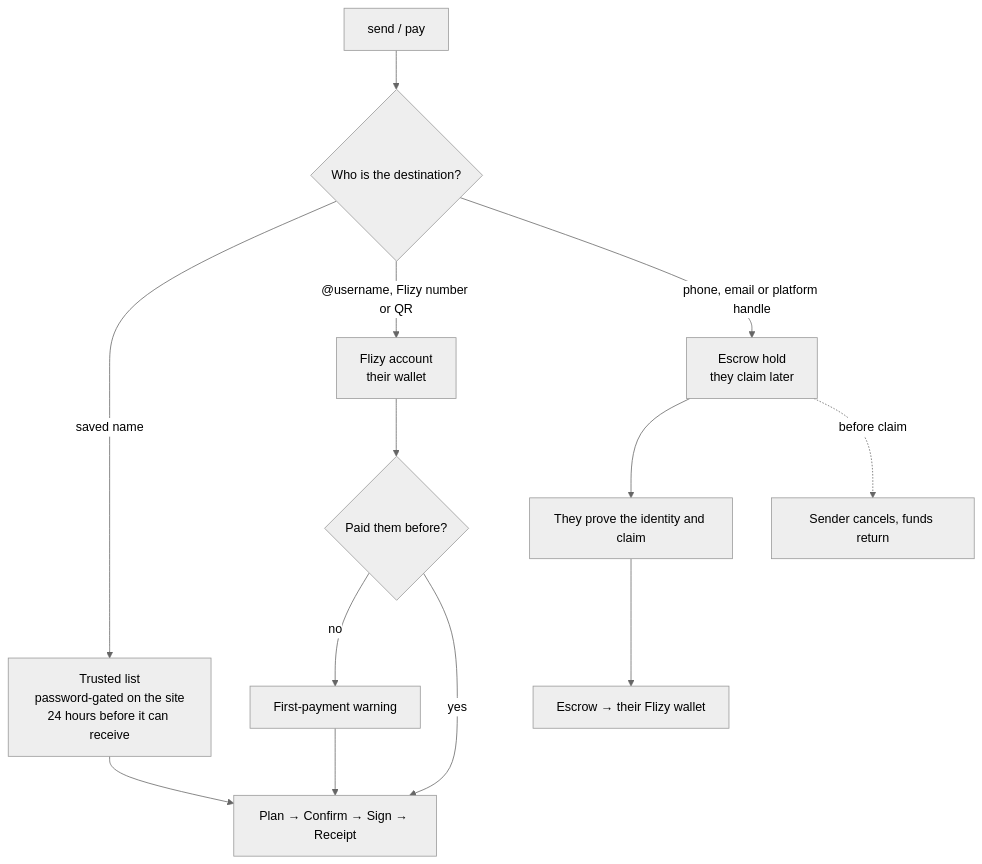
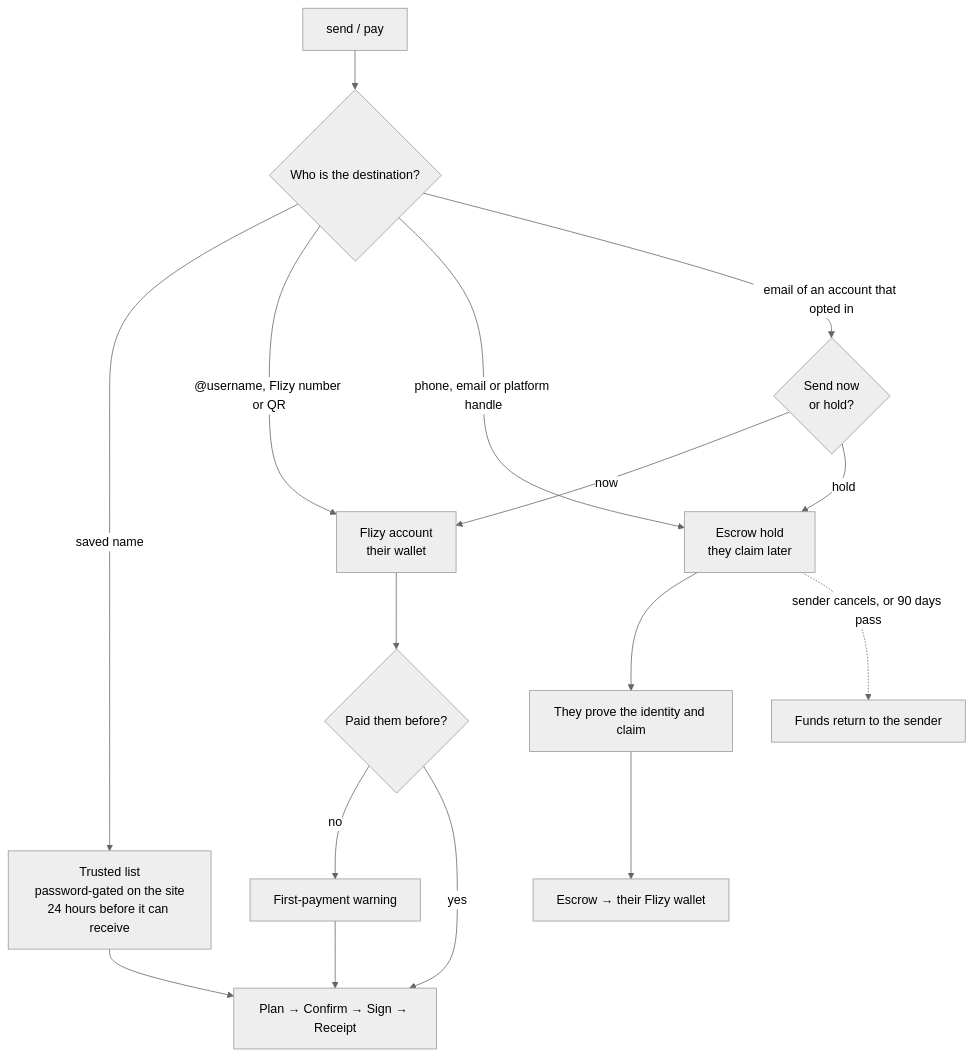
The second of 5 diagrams in README.md (rudazy/flizy), drawn with Mermaid before and after one commit. The commit also changed other lines of this file, not shown here.

````diff
--- a/README.md
+++ b/README.md
@@ -153,18 +196,21 @@
 ```mermaid
 %%{init: {'theme': 'neutral'}}%%
 flowchart TB
   START["send / pay"] --> KIND{Who is the destination?}
   KIND -->|"saved name"| TRUST["Trusted list<br/>password-gated on the site<br/>24 hours before it can receive"]
   KIND -->|"@username, Flizy number or QR"| ID["Flizy account<br/>their wallet"]
   KIND -->|"phone, email or platform handle"| HOLD["Escrow hold<br/>they claim later"]
+  KIND -->|"email of an account that opted in"| ASK{"Send now<br/>or hold?"}
+  ASK -->|now| ID
+  ASK -->|hold| HOLD
 
   TRUST --> SPINE["Plan → Confirm → Sign → Receipt"]
   ID --> FIRST{Paid them before?}
   FIRST -->|no| WARN["First-payment warning"]
   FIRST -->|yes| SPINE
   WARN --> SPINE
 
   HOLD --> CLAIM["They prove the identity and claim"]
   CLAIM --> PAY["Escrow → their Flizy wallet"]
-  HOLD -.->|before claim| CANCEL["Sender cancels, funds return"]
+  HOLD -.->|"sender cancels, or 90 days pass"| CANCEL["Funds return to the sender"]
 ```
````
